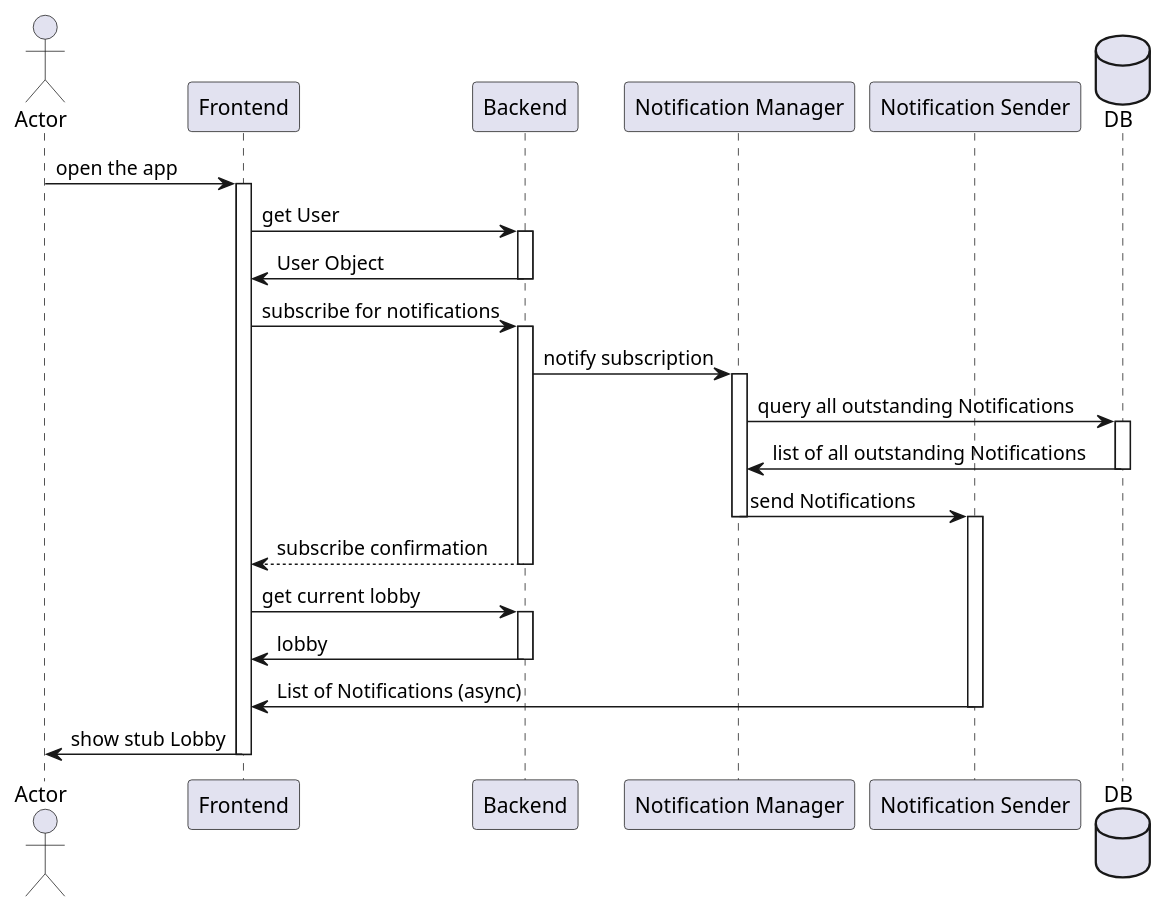
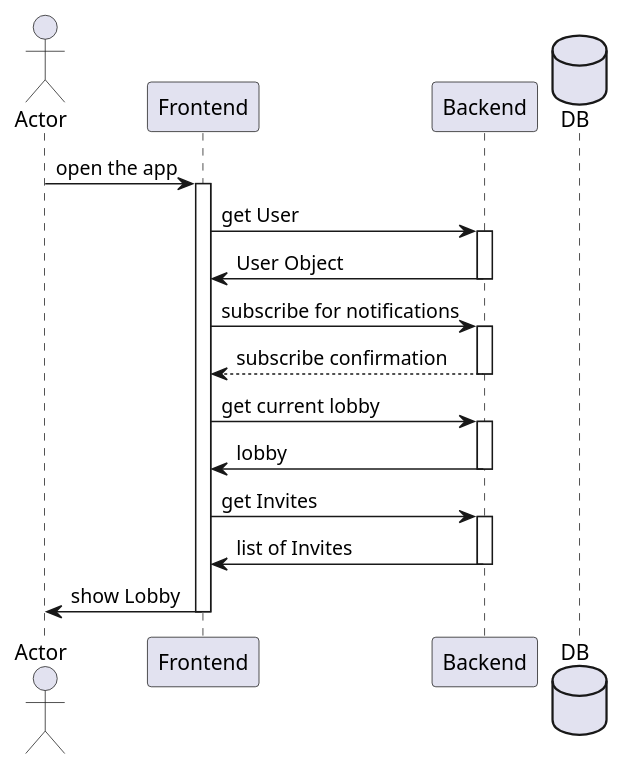
One commit to SergeiVS/lets_play_be changed the diagram in documentation/diagrams/startupSequence.puml. Above: the diagram before and after it, drawn with PlantUML.

Commit message:
documentation update

```diff
--- a/documentation/diagrams/startupSequence.puml
+++ b/documentation/diagrams/startupSequence.puml
@@ -1,48 +1,36 @@
 @startuml Startup Sequence
 
 actor Actor
 participant Frontend
 participant Backend
-participant "Notification Manager"
-participant "Notification Sender"
 database DB
 
 Actor -> Frontend : open the app
 activate Frontend
 
 Frontend -> Backend : get User
 activate Backend
 
 Backend -> Frontend : User Object
 deactivate Backend
 
 Frontend -> Backend : subscribe for notifications
 activate Backend
 
-Backend -> "Notification Manager" : notify subscription
-activate "Notification Manager"
-
-"Notification Manager" -> DB : query all outstanding Notifications
-activate DB
-DB -> "Notification Manager" : list of all outstanding Notifications
-deactivate DB
-
-"Notification Manager" -> "Notification Sender" : send Notifications
-deactivate "Notification Manager"
-activate "Notification Sender"
-
 Backend --> Frontend : subscribe confirmation
 deactivate Backend
 
 Frontend -> Backend : get current lobby
 activate Backend
 Backend -> Frontend : lobby
 deactivate Backend
 
-"Notification Sender" -> Frontend : List of Notifications (async)
-deactivate "Notification Sender"
+Frontend -> Backend : get Invites
+activate Backend
+Backend -> Frontend : list of Invites
+deactivate Backend
 
-Frontend -> Actor : show stub Lobby
+Frontend -> Actor : show Lobby
 deactivate Frontend
 
 @enduml
```
